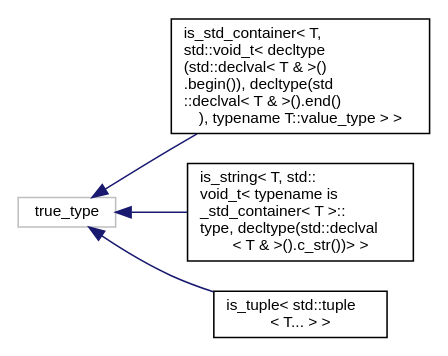
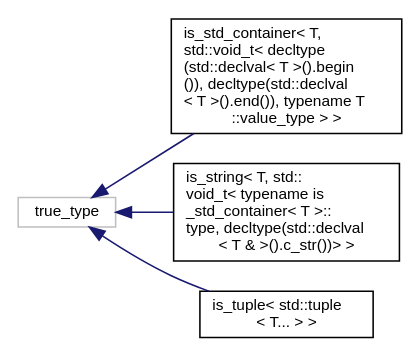
One commit to nNoctuam/otus-cpp-2021 changed the diagram in inherit_graph_0.dot. Above: the diagram before and after it, drawn with Graphviz. The commit also changed 13 other files, not shown here.

```diff
--- a/inherit_graph_0.dot
+++ b/inherit_graph_0.dot
@@ -1,14 +1,14 @@
 digraph "Graphical Class Hierarchy"
 {
  // LATEX_PDF_SIZE
   edge [fontname="Helvetica",fontsize="10",labelfontname="Helvetica",labelfontsize="10"];
   node [fontname="Helvetica",fontsize="10",shape=record];
   rankdir="LR";
   Node1 [label="true_type",height=0.2,width=0.4,color="grey75", fillcolor="white", style="filled",tooltip=" "];
   Node1 -> Node0 [dir="back",color="midnightblue",fontsize="10",style="solid",fontname="Helvetica"];
-  Node0 [label="is_std_container\< T,\l std::void_t\< decltype\l(std::declval\< T & \>()\l.begin()), decltype(std\l::declval\< T & \>().end()\l), typename T::value_type \> \>",height=0.2,width=0.4,color="black", fillcolor="white", style="filled",URL="$structis__std__container_3_01T_00_01std_1_1void__t_3_01decltype_07std_1_1declval_3_01T_01_6_01_49124f468fbbdf104f5e0e7f2832cf4b1.html",tooltip=" "];
+  Node0 [label="is_std_container\< T,\l std::void_t\< decltype\l(std::declval\< T \>().begin\l()), decltype(std::declval\l\< T \>().end()), typename T\l::value_type \> \>",height=0.2,width=0.4,color="black", fillcolor="white", style="filled",URL="$structis__std__container_3_01T_00_01std_1_1void__t_3_01decltype_07std_1_1declval_3_01T_01_4_07_06591556eb488fc01ccfec296c38e38f2.html",tooltip=" "];
   Node1 -> Node3 [dir="back",color="midnightblue",fontsize="10",style="solid",fontname="Helvetica"];
   Node3 [label="is_string\< T, std::\lvoid_t\< typename is\l_std_container\< T \>::\ltype, decltype(std::declval\l\< T & \>().c_str())\> \>",height=0.2,width=0.4,color="black", fillcolor="white", style="filled",URL="$structis__string_3_01T_00_01std_1_1void__t_3_01typename_01is__std__container_3_01T_01_4_1_1type_2592519dc818e457c24f2b7a455cde7f.html",tooltip=" "];
   Node1 -> Node4 [dir="back",color="midnightblue",fontsize="10",style="solid",fontname="Helvetica"];
   Node4 [label="is_tuple\< std::tuple\l\< T... \> \>",height=0.2,width=0.4,color="black", fillcolor="white", style="filled",URL="$structis__tuple_3_01std_1_1tuple_3_01T_8_8_8_01_4_01_4.html",tooltip=" "];
 }
```
